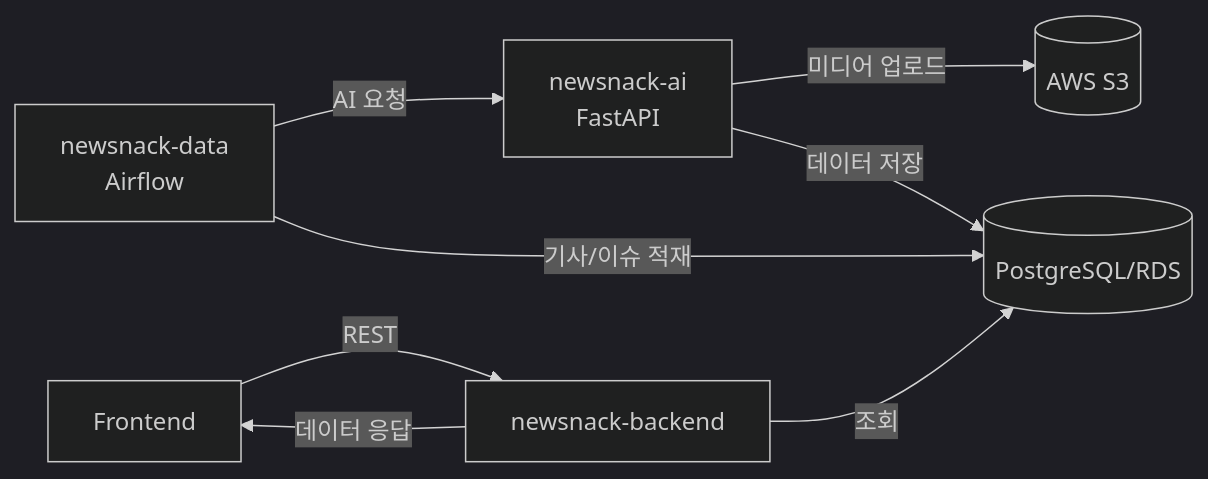
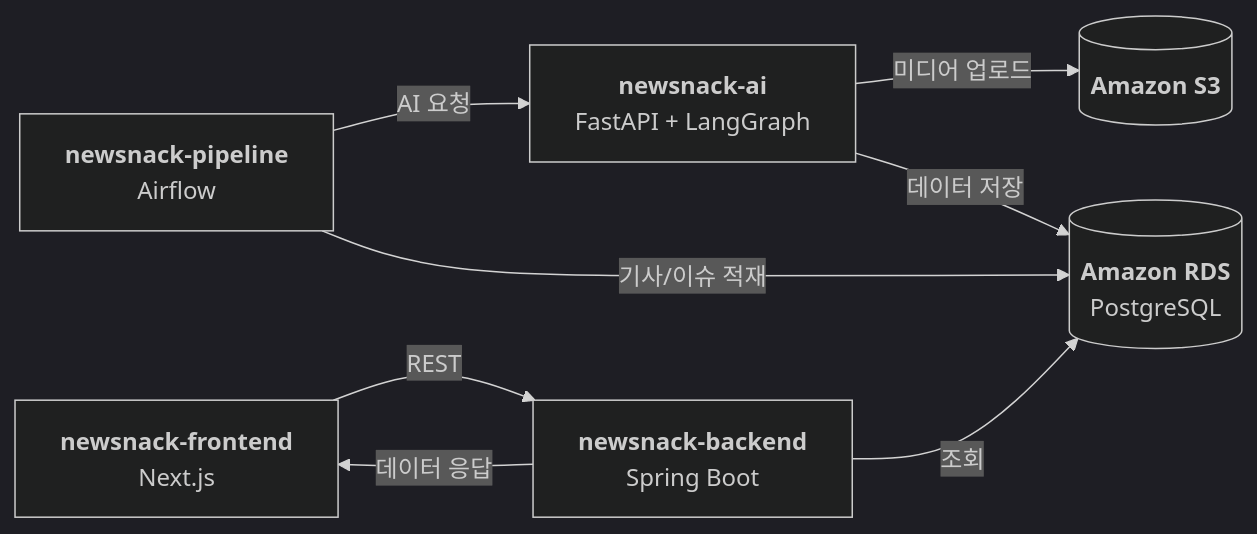
One commit to team-leekim/newsnack-backend changed the diagram in README.md. Above: the diagram before and after it, drawn with Mermaid (dark theme). The commit also changed other lines of this file, not shown here.

Commit message:
docs: readme 수정

````diff
--- a/README.md
+++ b/README.md
@@ -11,12 +11,15 @@
 ```mermaid
 flowchart LR
-    FE[Frontend] -->|REST| BE[newsnack-backend]
-    DATA[newsnack-data
-Airflow] -->|AI 요청| AI[newsnack-ai
-FastAPI]
-    AI -->|미디어 업로드| S3[(AWS S3)]
-    AI -->|데이터 저장| DB[(PostgreSQL/RDS)]
-    DATA -->|기사/이슈 적재| DB
+    FE[<b>newsnack-frontend</b>
+Next.js] -->|REST| BE[<b>newsnack-backend</b>
+Spring Boot]
+    PIPELINE[<b>newsnack-pipeline</b>
+Airflow] -->|AI 요청| AI[<b>newsnack-ai</b>
+FastAPI + LangGraph]
+    AI -->|미디어 업로드| S3[(<b>Amazon S3</b>)]
+    AI -->|데이터 저장| DB[(<b>Amazon RDS</b>
+PostgreSQL)]
+    PIPELINE -->|기사/이슈 적재| DB
     BE -->|조회| DB
     BE -->|데이터 응답| FE
 ```
````
